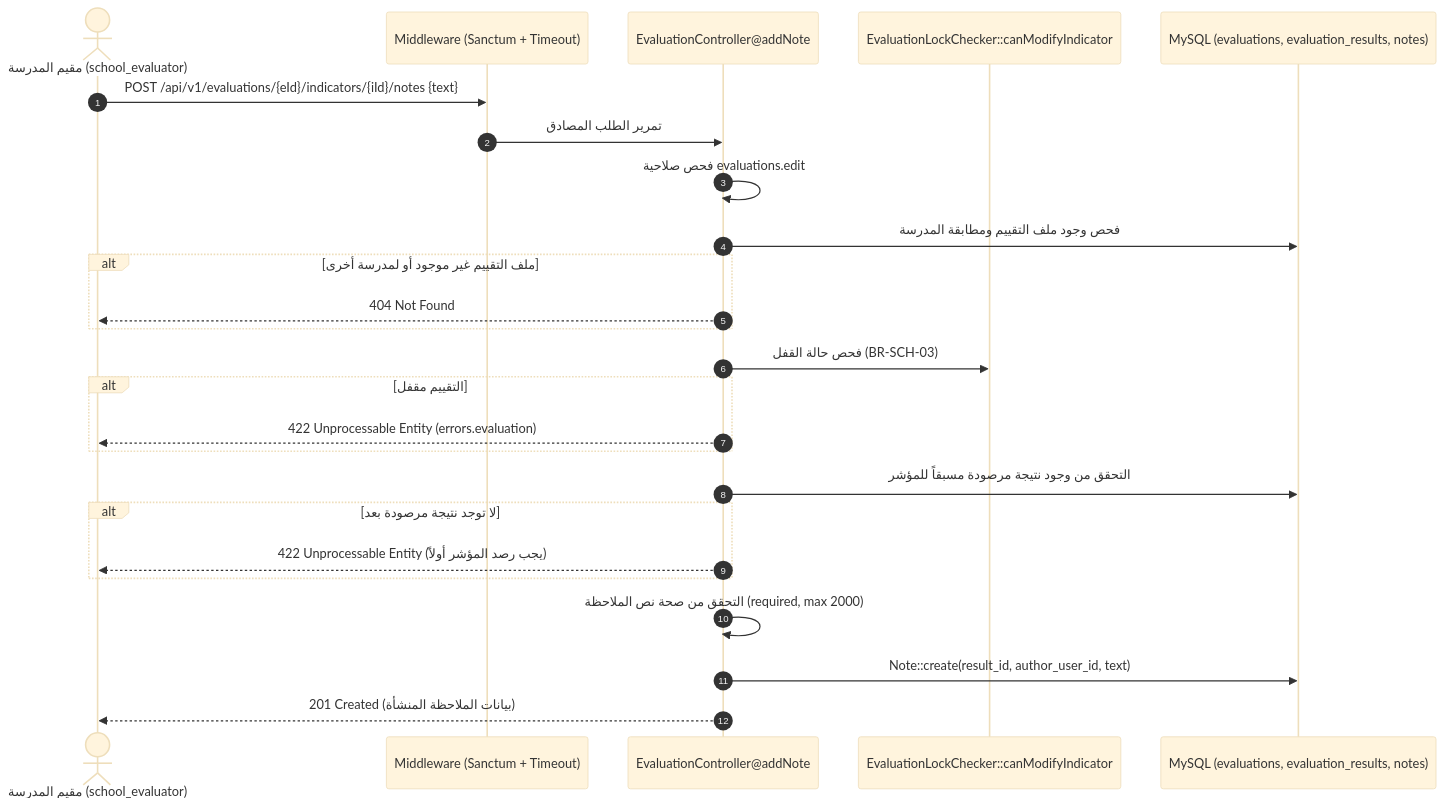
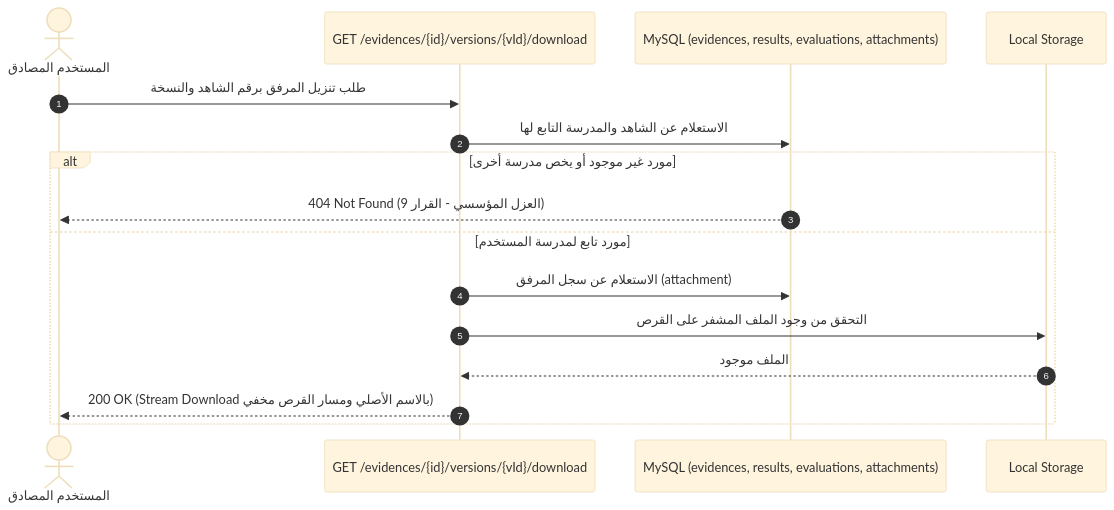
The second of 2 diagrams in docs/slices/slice2_evaluation_evidence.md (codewizardmx0-lgtm/school-quality-system), drawn with Mermaid (base theme) before and after one commit. The commit also changed other lines of this file and 7 other files, not shown here.

````diff
--- a/docs/slices/slice2_evaluation_evidence.md
+++ b/docs/slices/slice2_evaluation_evidence.md
@@ -196,28 +114,19 @@
 ```mermaid
 sequenceDiagram
   autonumber
-  actor User as مقيم المدرسة (school_evaluator)
-  participant MW as Middleware (Sanctum + Timeout)
-  participant Ctrl as EvaluationController@addNote
-  participant LockService as EvaluationLockChecker::canModifyIndicator
-  participant DB as MySQL (evaluations, evaluation_results, notes)
+  actor User as المستخدم المصادق
+  participant Route as GET /evidences/{id}/versions/{vId}/download
+  participant DB as MySQL (evidences, results, evaluations, attachments)
+  participant Disk as Local Storage
 
-  User->>MW: POST /api/v1/evaluations/{eId}/indicators/{iId}/notes {text}
-  MW->>Ctrl: تمرير الطلب المصادق
-  Ctrl->>Ctrl: فحص صلاحية evaluations.edit
-  Ctrl->>DB: فحص وجود ملف التقييم ومطابقة المدرسة
-  alt ملف التقييم غير موجود أو لمدرسة أخرى
-    Ctrl-->>User: 404 Not Found
+  User->>Route: طلب تنزيل المرفق برقم الشاهد والنسخة
+  Route->>DB: الاستعلام عن الشاهد والمدرسة التابع لها
+  alt مورد غير موجود أو يخص مدرسة أخرى
+    DB-->>User: 404 Not Found (العزل المؤسسي - القرار 9)
+  else مورد تابع لمدرسة المستخدم
+    Route->>DB: الاستعلام عن سجل المرفق (attachment)
+    Route->>Disk: التحقق من وجود الملف المشفر على القرص
+    Disk-->>Route: الملف موجود
+    Route-->>User: 200 OK (Stream Download بالاسم الأصلي ومسار القرص مخفي)
   end
-  Ctrl->>LockService: فحص حالة القفل (BR-SCH-03)
-  alt التقييم مقفل
-    Ctrl-->>User: 422 Unprocessable Entity (errors.evaluation)
-  end
-  Ctrl->>DB: التحقق من وجود نتيجة مرصودة مسبقاً للمؤشر
-  alt لا توجد نتيجة مرصودة بعد
-    Ctrl-->>User: 422 Unprocessable Entity (يجب رصد المؤشر أولاً)
-  end
-  Ctrl->>Ctrl: التحقق من صحة نص الملاحظة (required, max 2000)
-  Ctrl->>DB: Note::create(result_id, author_user_id, text)
-  Ctrl-->>User: 201 Created (بيانات الملاحظة المنشأة)
 ```
````
